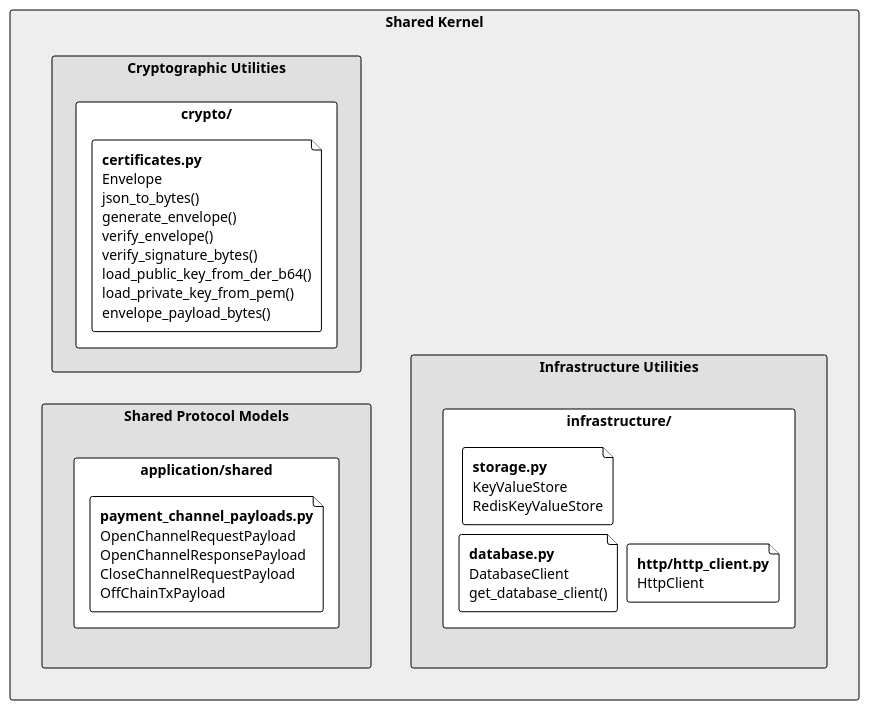
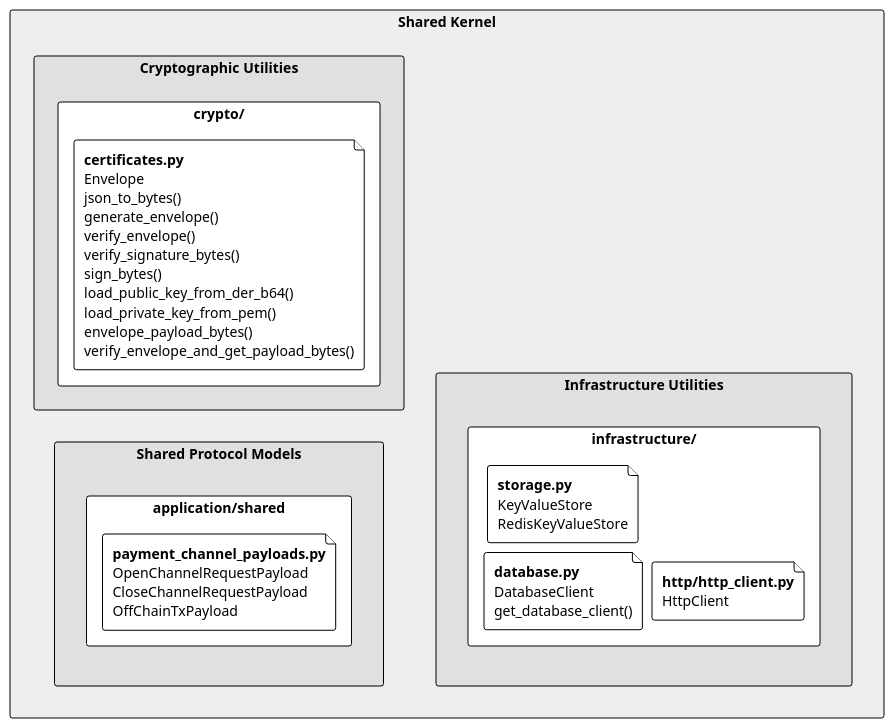
One commit to otaviootavio/nanomoni changed the diagram in umls/core.puml. Above: the diagram before and after it, drawn with PlantUML. The commit also changed 23 other files, not shown here.

```diff
--- a/umls/core.puml
+++ b/umls/core.puml
@@ -1,39 +1,39 @@
 @startuml Shared_Kernel_Compact
 
 !theme plain
 left to right direction
 skinparam backgroundColor white
 skinparam componentStyle rectangle
 skinparam padding 0
 skinparam BoxPadding 2
 skinparam RectanglePadding 3
 skinparam RectangleBorderThickness 1
 skinparam Shadowing false
 skinparam Nodesep 10
 skinparam Ranksep 10
 
 rectangle "Shared Kernel" #EEEEEE {
     rectangle "Cryptographic Utilities" as crypto #E0E0E0 {
         rectangle "crypto/" {
-            file "**certificates.py**\nEnvelope\njson_to_bytes()\ngenerate_envelope()\nverify_envelope()\nverify_signature_bytes()\nload_public_key_from_der_b64()\nload_private_key_from_pem()\nenvelope_payload_bytes()"
+            file "**certificates.py**\nEnvelope\njson_to_bytes()\ngenerate_envelope()\nverify_envelope()\nverify_signature_bytes()\nsign_bytes()\nload_public_key_from_der_b64()\nload_private_key_from_pem()\nenvelope_payload_bytes()\nverify_envelope_and_get_payload_bytes()"
         }
     }
 
     rectangle "Shared Protocol Models" as proto #E0E0E0 {
         rectangle "application/shared" {
-            file "**payment_channel_payloads.py**\nOpenChannelRequestPayload\nOpenChannelResponsePayload\nCloseChannelRequestPayload\nOffChainTxPayload"
+            file "**payment_channel_payloads.py**\nOpenChannelRequestPayload\nCloseChannelRequestPayload\nOffChainTxPayload"
         }
     }
     
     rectangle "Infrastructure Utilities" as infra #E0E0E0 {
         rectangle "infrastructure/" {
             file "**database.py**\nDatabaseClient\nget_database_client()"
             file "**storage.py**\nKeyValueStore\nRedisKeyValueStore"
             file "**http/http_client.py**\nHttpClient"
         }
     }
     
     proto -[hidden]down-> infra
 }
 
 @enduml
```
